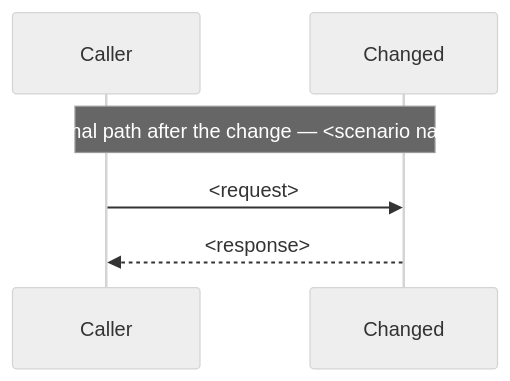
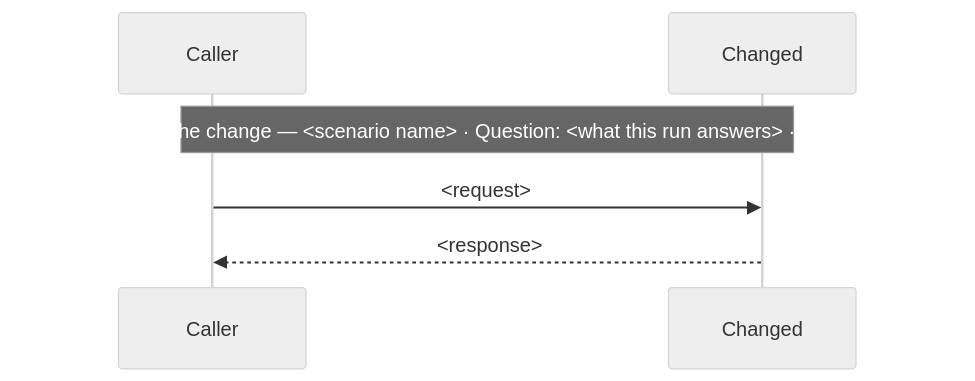
Before and after one commit to eugenelim/agent-ready-repo: the second of 3 diagrams in packs/architect/.apm/skills/architect-design/assets/architecture-change-design.md, drawn with Mermaid (neutral theme). The commit also changed other lines of this file and 24 other files, not shown here.

````diff
--- a/packs/architect/.apm/skills/architect-design/assets/architecture-change-design.md
+++ b/packs/architect/.apm/skills/architect-design/assets/architecture-change-design.md
@@ -82,8 +84,8 @@
 ```mermaid
 sequenceDiagram
     participant Caller
     participant Changed
-    Note over Caller,Changed: Normal path after the change — <scenario name>
+    Note over Caller,Changed: Normal path after the change — <scenario name> · Question: <what this run answers> · Zoom: component
     Caller->>Changed: <request>
     Changed-->>Caller: <response>
 ```
````
